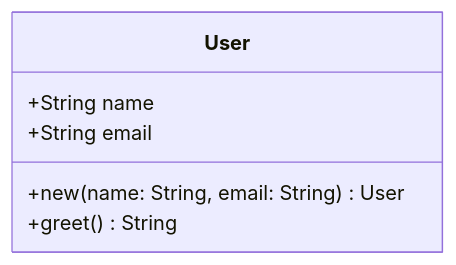
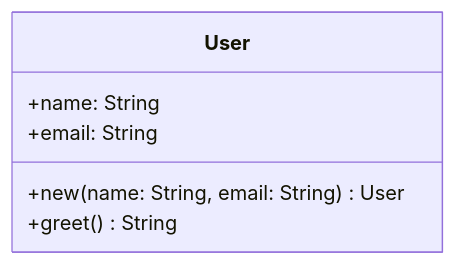
Before and after one commit to EthanDGee/Auto-UML: the diagram in README.md, drawn with Mermaid. The commit also changed other lines of this file and 5 other files, not shown here.

````diff
--- a/README.md
+++ b/README.md
@@ -97,9 +127,9 @@
 ```mermaid
 classDiagram
     class User {
-        +String name
-        +String email
+        +name: String
+        +email: String
         +new(name: String, email: String) User
         +greet() String
     }
 ```
````
